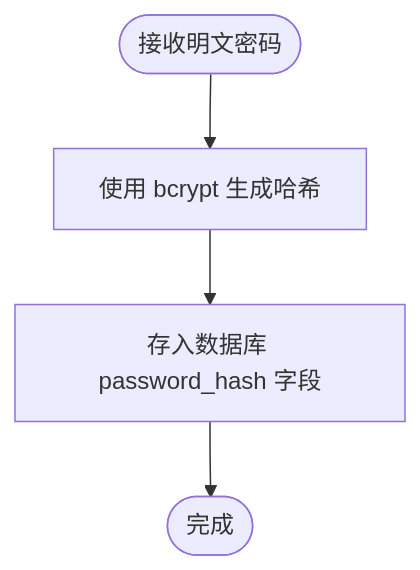
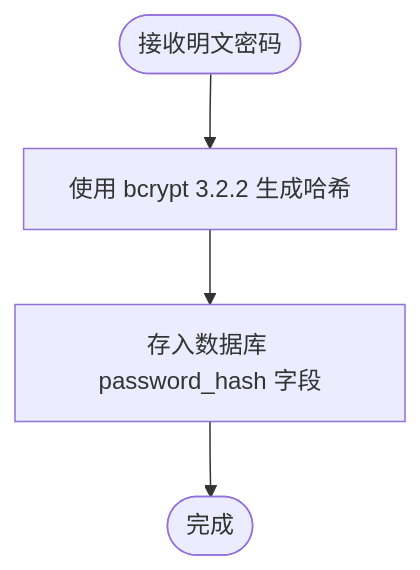
One commit to Miyuan2018/ruicheng-edu-system changed the fourth of 8 diagrams in .qoder/repowiki/zh/content/后端系统架构/安全认证机制.md. Above: the diagram before and after it, drawn with Mermaid. The commit also changed other lines of this file and 4 other files, not shown here.

````diff
--- a/.qoder/repowiki/zh/content/后端系统架构/安全认证机制.md
+++ b/.qoder/repowiki/zh/content/后端系统架构/安全认证机制.md
@@ -182,6 +190,6 @@
 ```mermaid
 flowchart TD
-PStart(["接收明文密码"]) --> Hash["使用 bcrypt 生成哈希"]
+PStart(["接收明文密码"]) --> Hash["使用 bcrypt 3.2.2 生成哈希"]
 Hash --> Store["存入数据库 password_hash 字段"]
 Store --> PEnd(["完成"])
 ```
````
